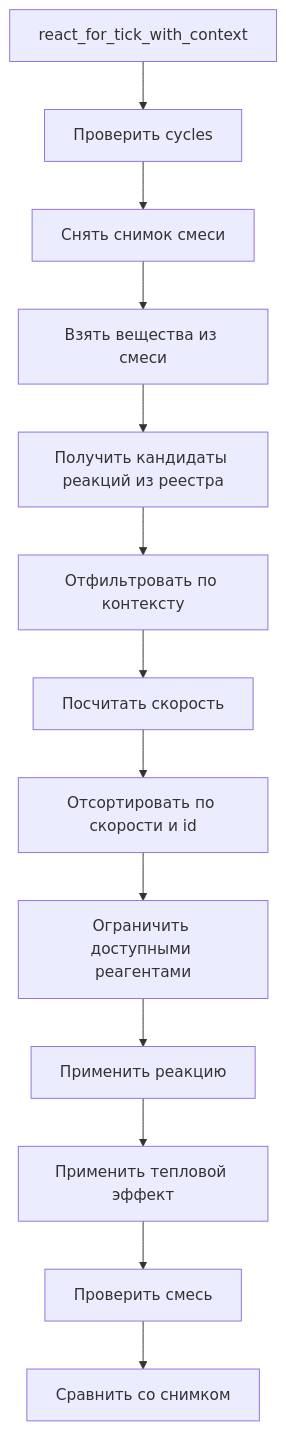
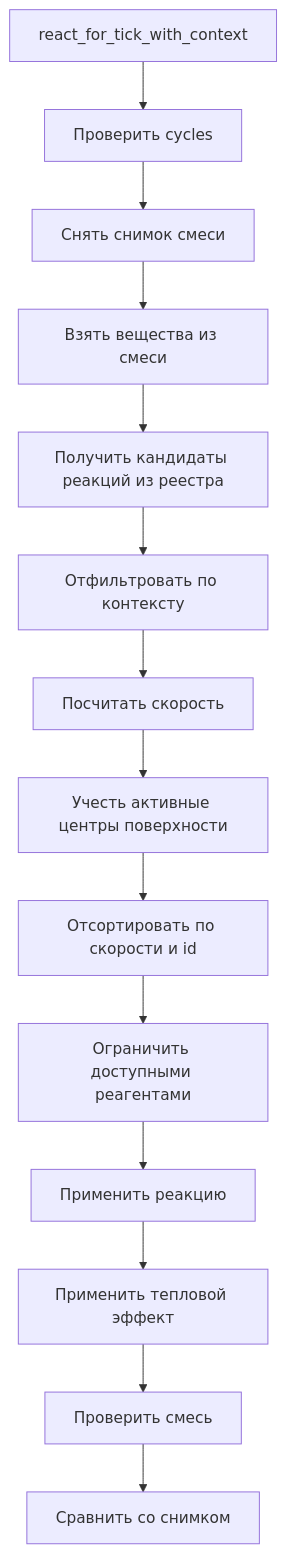
One commit to makargravanov/create-thermodynamics changed the diagram in docs/chemistry/03-mixture-tick-flow.md. Above: the diagram before and after it, drawn with Mermaid. The commit also changed other lines of this file and 9 other files, not shown here.

````diff
--- a/docs/chemistry/03-mixture-tick-flow.md
+++ b/docs/chemistry/03-mixture-tick-flow.md
@@ -7,15 +7,16 @@
 ```mermaid
 flowchart TD
     Start[react_for_tick_with_context] --> ValidateCycles[Проверить cycles]
     ValidateCycles --> Snapshot[Снять снимок смеси]
     Snapshot --> Present[Взять вещества из смеси]
     Present --> Candidates[Получить кандидаты реакций из реестра]
     Candidates --> Context[Отфильтровать по контексту]
     Context --> Rate[Посчитать скорость]
-    Rate --> Sort[Отсортировать по скорости и id]
+    Rate --> SurfaceLimit[Учесть активные центры поверхности]
+    SurfaceLimit --> Sort[Отсортировать по скорости и id]
     Sort --> Limit[Ограничить доступными реагентами]
     Limit --> Apply[Применить реакцию]
     Apply --> Heat[Применить тепловой эффект]
     Heat --> ValidateMixture[Проверить смесь]
     ValidateMixture --> Changed[Сравнить со снимком]
 ```
````
